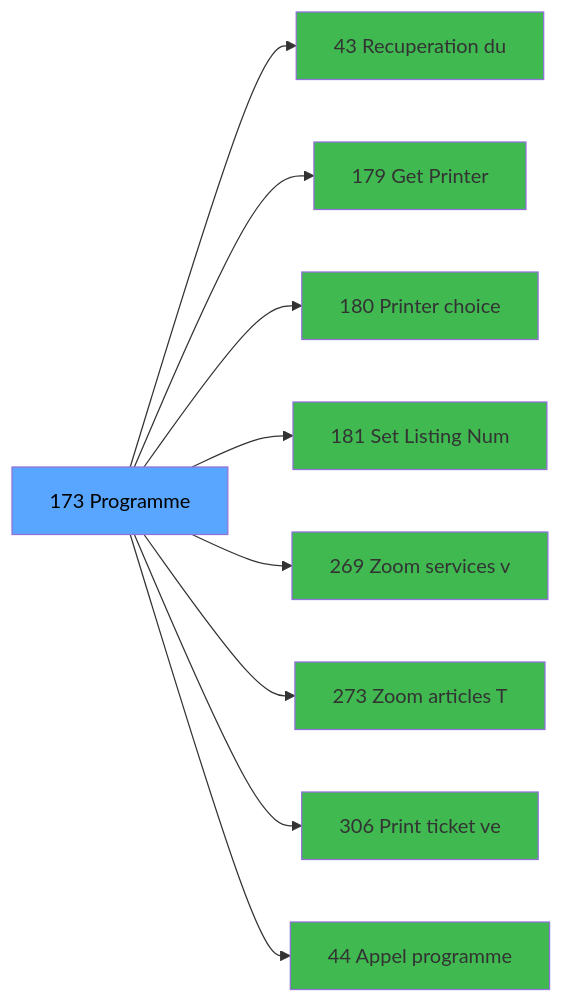
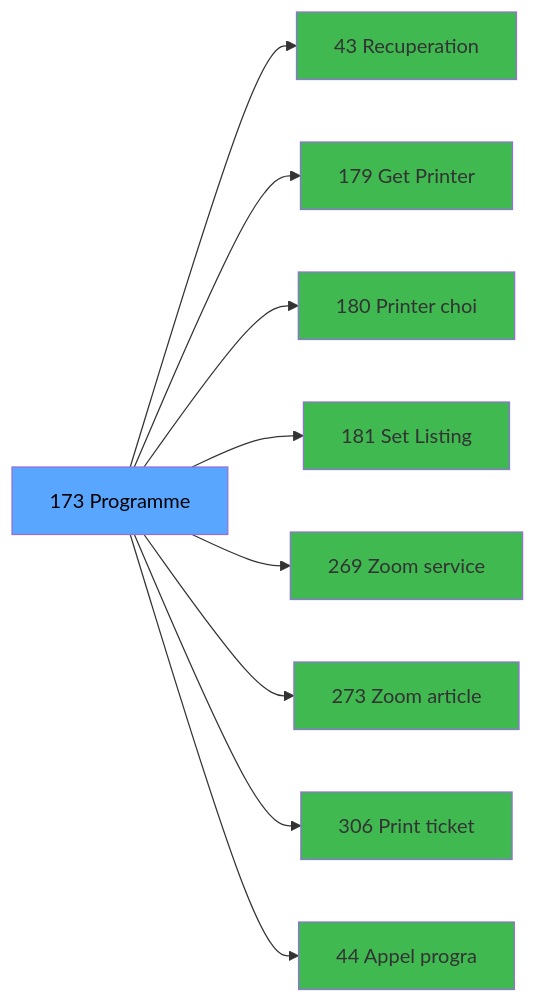
One commit to thonyAGP/magic-migration changed the third of 3 diagrams in .openspec/specs/ADH-IDE-173.md. Above: the diagram before and after it, drawn with Mermaid. The commit also changed other lines of this file and 323 other files, not shown here.

````diff
--- a/.openspec/specs/ADH-IDE-173.md
+++ b/.openspec/specs/ADH-IDE-173.md
@@ -129,29 +164,29 @@
 ```mermaid
 graph LR
     T[173 Programme]
-    C43[43 Recuperation du]
+    C43[43 Recuperation]
     T --> C43
     C179[179 Get Printer]
     T --> C179
-    C180[180 Printer choice]
+    C180[180 Printer choi]
     T --> C180
-    C181[181 Set Listing Num]
+    C181[181 Set Listing ]
     T --> C181
-    C269[269 Zoom services v]
+    C269[269 Zoom service]
     T --> C269
-    C273[273 Zoom articles T]
+    C273[273 Zoom article]
     T --> C273
-    C306[306 Print ticket ve]
+    C306[306 Print ticket]
     T --> C306
-    C44[44 Appel programme]
+    C44[44 Appel progra]
     T --> C44
     style T fill:#58a6ff,color:#000
     style C43 fill:#3fb950
     style C179 fill:#3fb950
     style C180 fill:#3fb950
     style C181 fill:#3fb950
     style C269 fill:#3fb950
     style C273 fill:#3fb950
     style C306 fill:#3fb950
     style C44 fill:#3fb950
 ```
````
